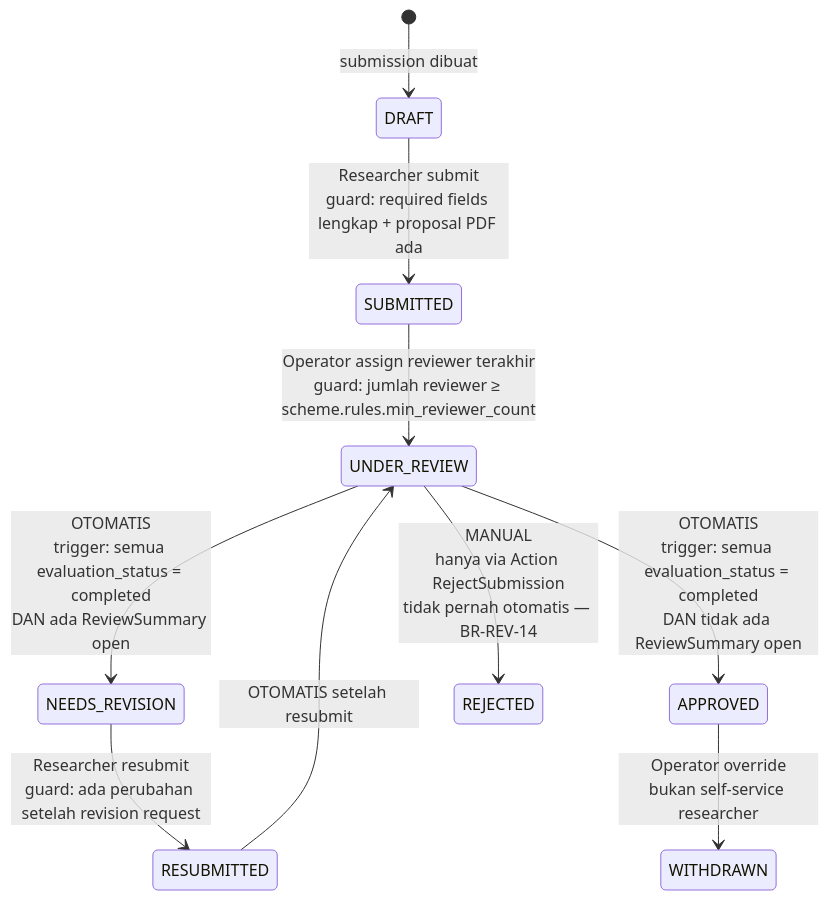
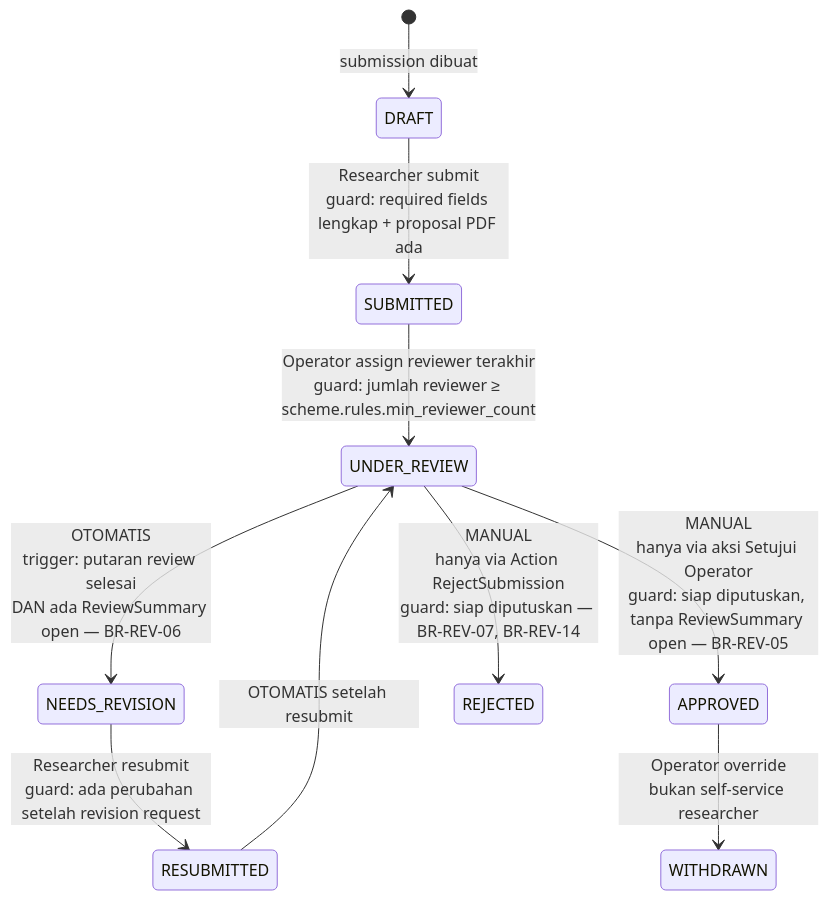
Before and after one commit to nas11ai/sim-kerjasama-itk: the fifth of 6 diagrams in docs/requirement-analysis/ddd/core/01_submission.md, drawn with Mermaid. The commit also changed other lines of this file and 7 other files, not shown here.

Commit message:
docs(ddd): putaran review dan persetujuan operator (ADR 0018)

````diff
--- a/docs/requirement-analysis/ddd/core/01_submission.md
+++ b/docs/requirement-analysis/ddd/core/01_submission.md
@@ -135,20 +135,20 @@
 ```mermaid
 stateDiagram-v2
     [*] --> DRAFT : submission dibuat
 
     DRAFT --> SUBMITTED : Researcher submit<br/>guard: required fields lengkap + proposal PDF ada
 
     SUBMITTED --> UNDER_REVIEW : Operator assign reviewer terakhir<br/>guard: jumlah reviewer ≥ scheme.rules.min_reviewer_count
 
-    UNDER_REVIEW --> NEEDS_REVISION : OTOMATIS<br/>trigger: semua evaluation_status = completed<br/>DAN ada ReviewSummary open
+    UNDER_REVIEW --> NEEDS_REVISION : OTOMATIS<br/>trigger: putaran review selesai<br/>DAN ada ReviewSummary open — BR-REV-06
 
-    UNDER_REVIEW --> APPROVED : OTOMATIS<br/>trigger: semua evaluation_status = completed<br/>DAN tidak ada ReviewSummary open
+    UNDER_REVIEW --> APPROVED : MANUAL<br/>hanya via aksi Setujui Operator<br/>guard: siap diputuskan, tanpa ReviewSummary open — BR-REV-05
 
-    UNDER_REVIEW --> REJECTED : MANUAL<br/>hanya via Action RejectSubmission<br/>tidak pernah otomatis — BR-REV-14
+    UNDER_REVIEW --> REJECTED : MANUAL<br/>hanya via Action RejectSubmission<br/>guard: siap diputuskan — BR-REV-07, BR-REV-14
 
     NEEDS_REVISION --> RESUBMITTED : Researcher resubmit<br/>guard: ada perubahan setelah revision request
 
     RESUBMITTED --> UNDER_REVIEW : OTOMATIS setelah resubmit
 
     APPROVED --> WITHDRAWN : Operator override<br/>bukan self-service researcher
 ```
````
